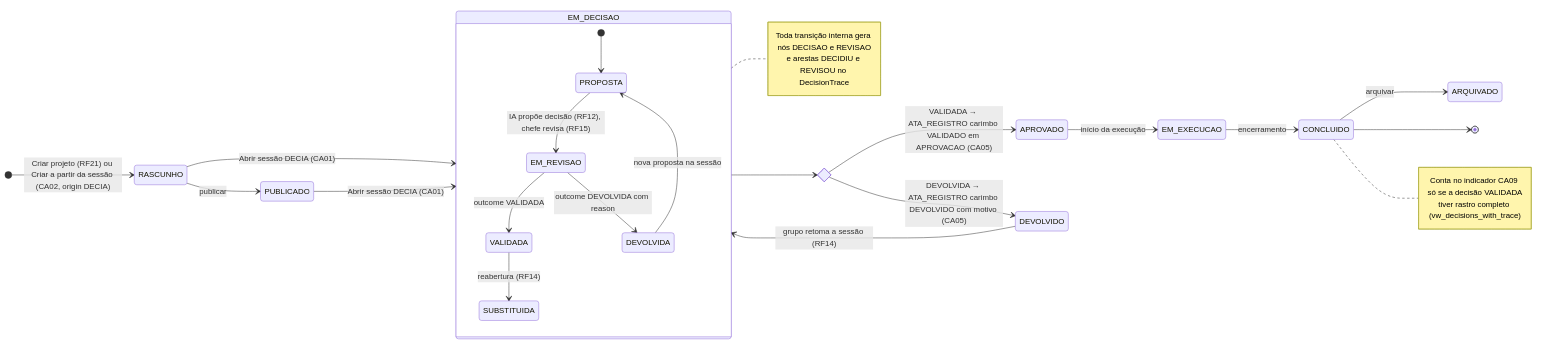
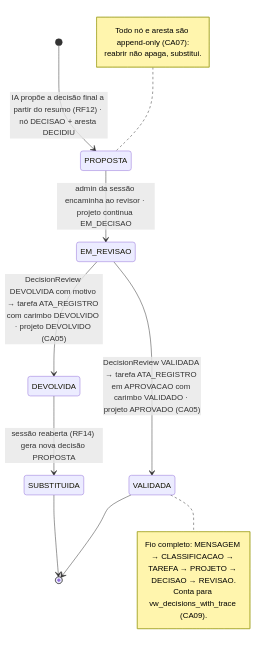
The fourth of 5 diagrams in docs/diagramas/RF29/README.md (MatheusHaliski/Decia-app-2026), drawn with Mermaid before and after one commit. The commit also changed other lines of this file and 5 other files, not shown here.

First line of the commit message:
docs(diagramas): reescreve RF24–RF29 (classes, atividades, sequência, estados, componentes)

````diff
--- a/docs/diagramas/RF29/README.md
+++ b/docs/diagramas/RF29/README.md
@@ -538,33 +486,18 @@
 ```mermaid
 stateDiagram-v2
-  direction LR
-  [*] --> RASCUNHO : Criar projeto (RF21) ou Criar a partir da sessão (CA02, origin DECIA)
-  RASCUNHO --> PUBLICADO : publicar
-  RASCUNHO --> EM_DECISAO : Abrir sessão DECIA (CA01)
-  PUBLICADO --> EM_DECISAO : Abrir sessão DECIA (CA01)
-  state EM_DECISAO {
-    [*] --> PROPOSTA
-    PROPOSTA --> EM_REVISAO : IA propõe decisão (RF12), chefe revisa (RF15)
-    EM_REVISAO --> VALIDADA : outcome VALIDADA
-    EM_REVISAO --> DEVOLVIDA : outcome DEVOLVIDA com reason
-    VALIDADA --> SUBSTITUIDA : reabertura (RF14)
-    DEVOLVIDA --> PROPOSTA : nova proposta na sessão
-  }
-  state revisao <<choice>>
-  EM_DECISAO --> revisao
-  revisao --> APROVADO : VALIDADA → ATA_REGISTRO carimbo VALIDADO em APROVACAO (CA05)
-  revisao --> DEVOLVIDO : DEVOLVIDA → ATA_REGISTRO carimbo DEVOLVIDO com motivo (CA05)
-  DEVOLVIDO --> EM_DECISAO : grupo retoma a sessão (RF14)
-  APROVADO --> EM_EXECUCAO : início da execução
-  EM_EXECUCAO --> CONCLUIDO : encerramento
-  CONCLUIDO --> ARQUIVADO : arquivar
-  CONCLUIDO --> [*]
-  note right of EM_DECISAO
-    Toda transição interna gera nós DECISAO e REVISAO
-    e arestas DECIDIU e REVISOU no DecisionTrace
+  [*] --> PROPOSTA: IA propõe a decisão final a partir do resumo (RF12) · nó DECISAO + aresta DECIDIU
+  PROPOSTA --> EM_REVISAO: admin da sessão encaminha ao revisor · projeto continua EM_DECISAO
+  EM_REVISAO --> VALIDADA: DecisionReview VALIDADA → tarefa ATA_REGISTRO em APROVACAO com carimbo VALIDADO · projeto APROVADO (CA05)
+  EM_REVISAO --> DEVOLVIDA: DecisionReview DEVOLVIDA com motivo → tarefa ATA_REGISTRO com carimbo DEVOLVIDO · projeto DEVOLVIDO (CA05)
+  DEVOLVIDA --> SUBSTITUIDA: sessão reaberta (RF14) gera nova decisão PROPOSTA
+  SUBSTITUIDA --> [*]
+  VALIDADA --> [*]
+  note right of VALIDADA
+    Fio completo: MENSAGEM → CLASSIFICACAO → TAREFA → PROJETO → DECISAO → REVISAO.
+    Conta para vw_decisions_with_trace (CA09).
   end note
-  note right of CONCLUIDO
-    Conta no indicador CA09 só se a decisão VALIDADA
-    tiver rastro completo (vw_decisions_with_trace)
+  note left of PROPOSTA
+    Todo nó e aresta são append-only (CA07):
+    reabrir não apaga, substitui.
   end note
 ```
````
